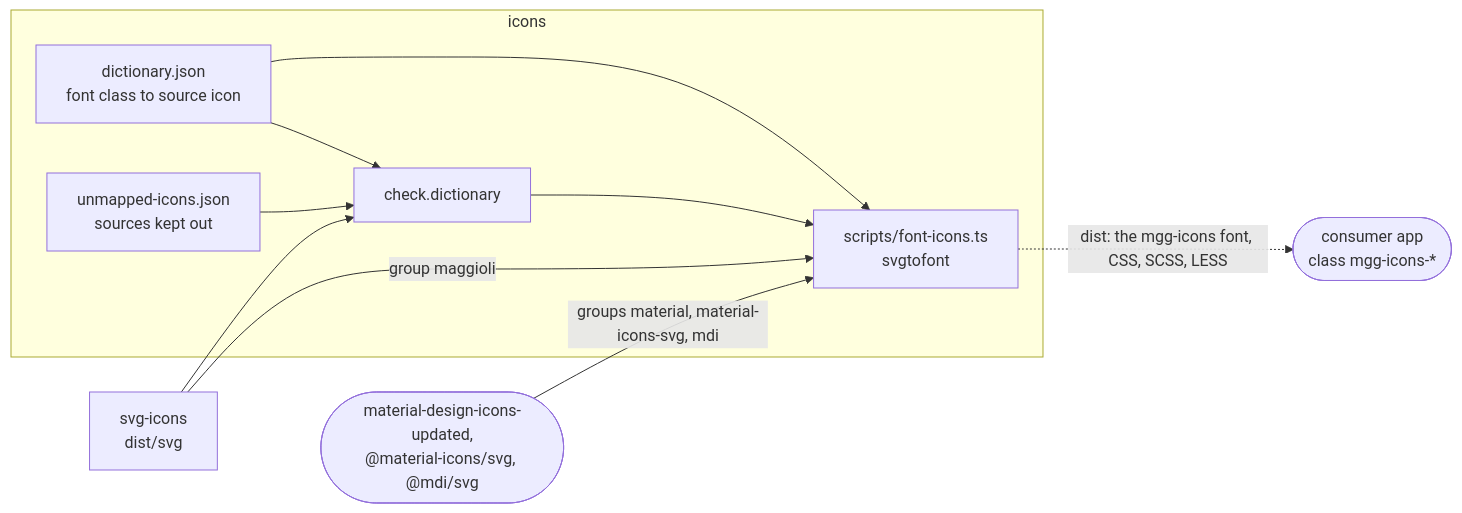
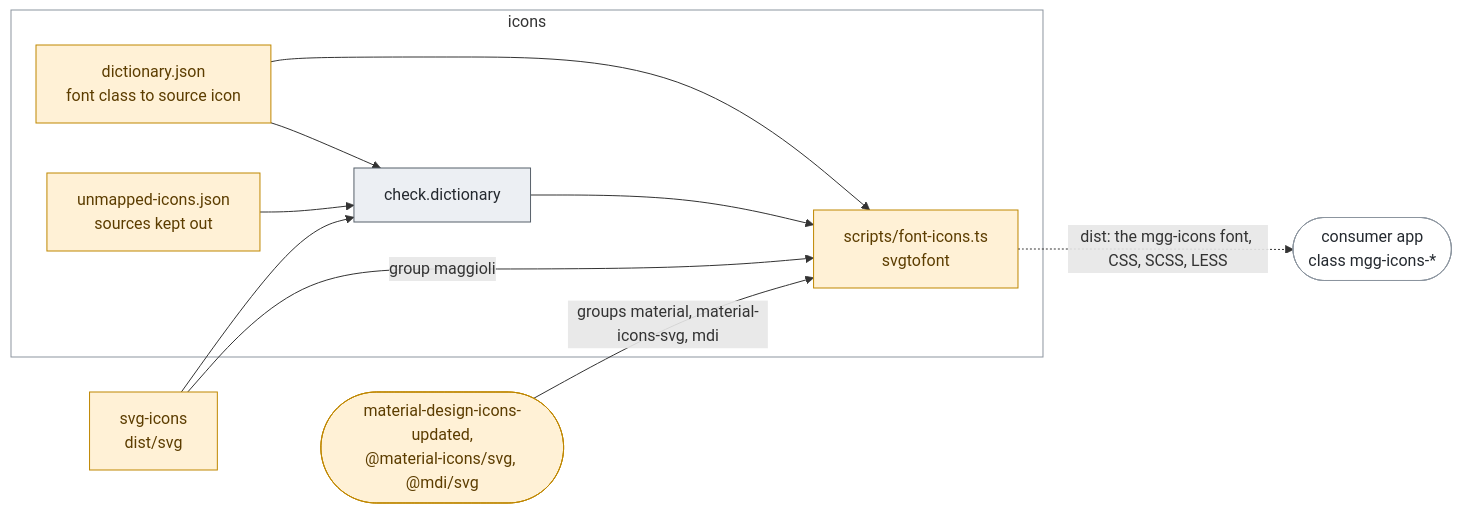
One commit to magma-design-system/magma changed the diagram in projects/icons/README.md. Above: the diagram before and after it, drawn with Mermaid. The commit also changed other lines of this file and 11 other files, not shown here.

First line of the commit message:
docs(magma): colour the diagrams of the projects by axis

````diff
--- a/projects/icons/README.md
+++ b/projects/icons/README.md
@@ -14,19 +14,30 @@
 ```mermaid
 flowchart LR
   SI["svg-icons<br/>dist/svg"]
   EXT(["material-design-icons-updated,<br/>@material-icons/svg, @mdi/svg"])
   subgraph ic["icons"]
     DICT["dictionary.json<br/>font class to source icon"]
     UNM["unmapped-icons.json<br/>sources kept out"]
     CHECK["check.dictionary"]
     FONT["scripts/font-icons.ts<br/>svgtofont"]
     DICT --> CHECK
     UNM --> CHECK
     CHECK --> FONT
     DICT --> FONT
   end
   SI -->|"group maggioli"| FONT
   SI --> CHECK
   EXT -->|"groups material, material-icons-svg, mdi"| FONT
   FONT -.->|"dist: the mgg-icons font, CSS, SCSS, LESS"| APP(["consumer app<br/>class mgg-icons-*"])
+  class SI,EXT,DICT,UNM,FONT assets
+  class CHECK tooling
+  class APP outside
+  class ic area
+  classDef ai fill:#efe5ff,stroke:#8250df,color:#3e1f79
+  classDef assets fill:#fff1d6,stroke:#bf8700,color:#5c3d00
+  classDef visual fill:#dcf5ec,stroke:#1a7f64,color:#0b4a3a
+  classDef components fill:#ddf0ff,stroke:#0969da,color:#0a3069
+  classDef tooling fill:#eceff3,stroke:#57606a,color:#24292f
+  classDef outside fill:#ffffff,stroke:#8c959f,color:#24292f
+  classDef area fill:none,stroke:#8c959f
 ```
````
